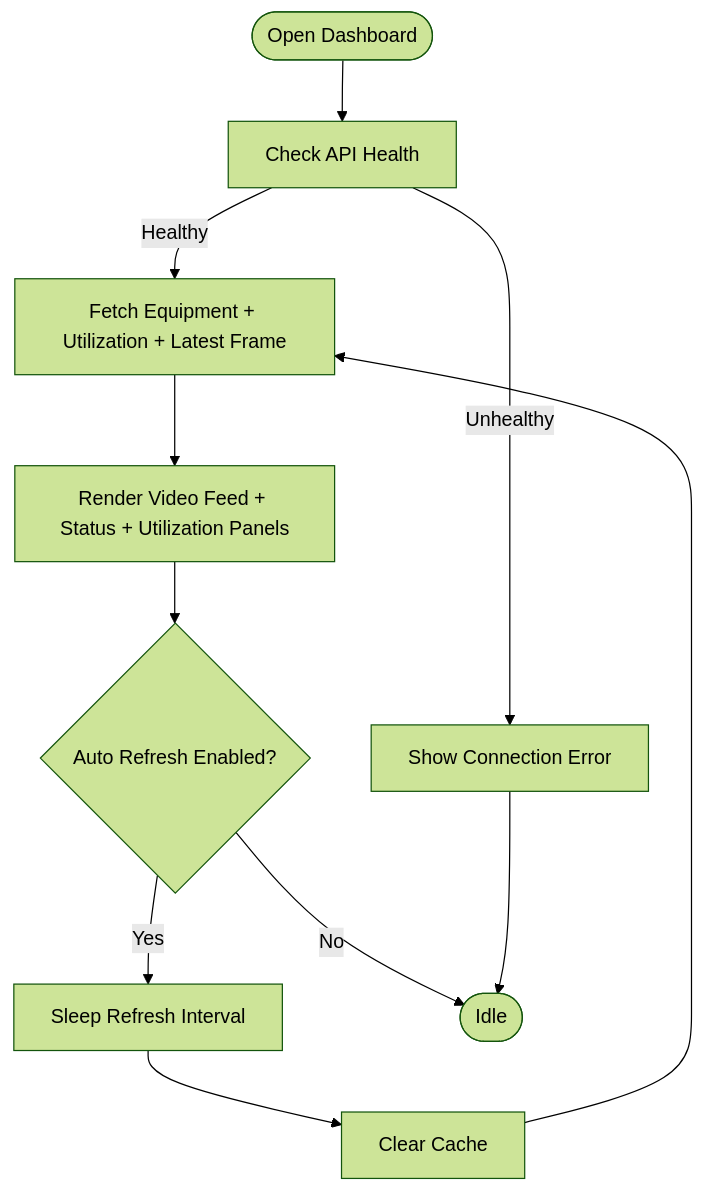
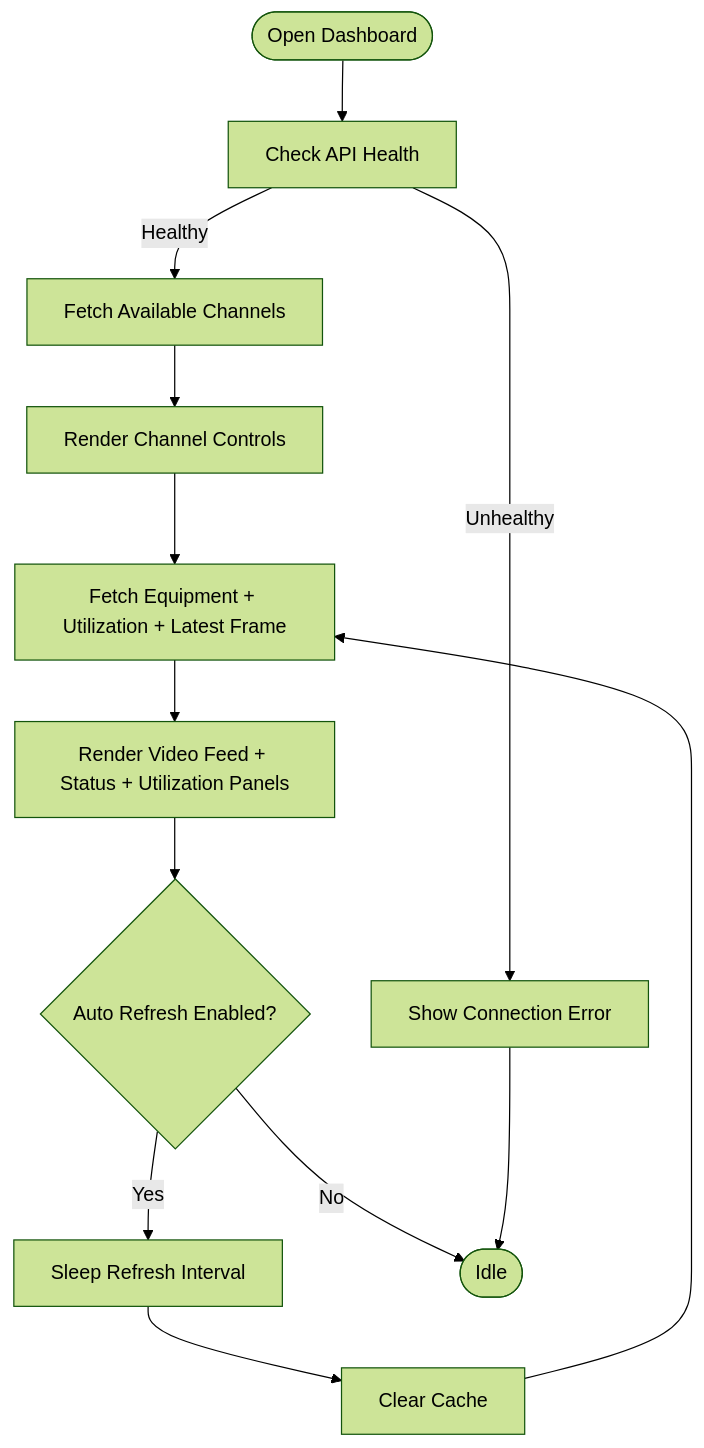
One commit to Azzoz-189/construction-equipment-monitoring changed the fifth of 8 diagrams in .qoder/repowiki/en/content/Project Overview/System Architecture Overview.md. Above: the diagram before and after it, drawn with Mermaid (forest theme). The commit also changed other lines of this file and 5 other files, not shown here.

````diff
--- a/.qoder/repowiki/en/content/Project Overview/System Architecture Overview.md
+++ b/.qoder/repowiki/en/content/Project Overview/System Architecture Overview.md
@@ -235,11 +357,13 @@
 ```mermaid
 flowchart TD
 Start(["Open Dashboard"]) --> CheckAPI["Check API Health"]
-CheckAPI --> |Healthy| FetchData["Fetch Equipment + Utilization + Latest Frame"]
+CheckAPI --> |Healthy| FetchChannels["Fetch Available Channels"]
 CheckAPI --> |Unhealthy| ShowError["Show Connection Error"]
+FetchChannels --> RenderControls["Render Channel Controls"]
+RenderControls --> FetchData["Fetch Equipment + Utilization + Latest Frame"]
 FetchData --> RenderPanels["Render Video Feed + Status + Utilization Panels"]
 RenderPanels --> AutoRefresh{"Auto Refresh Enabled?"}
 AutoRefresh --> |Yes| Sleep["Sleep Refresh Interval"] --> ClearCache["Clear Cache"] --> FetchData
 AutoRefresh --> |No| End(["Idle"])
 ShowError --> End
 ```
````
